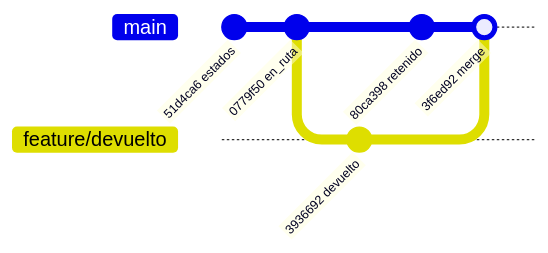
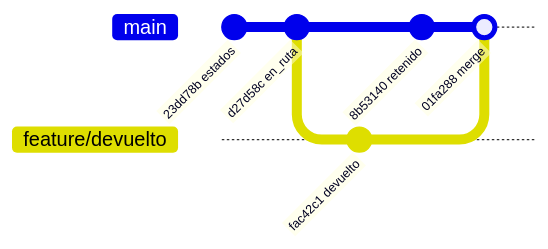
The third of 4 diagrams in web/public/content/foundations/modulo-4.md (NICORUIZ93/The_Imperial_Book), drawn with Mermaid before and after one commit. The commit also changed other lines of this file and 1 other file, not shown here.

````diff
--- a/web/public/content/foundations/modulo-4.md
+++ b/web/public/content/foundations/modulo-4.md
@@ -922,10 +1172,10 @@
 ```mermaid
 gitGraph
-    commit id: "51d4ca6 estados"
-    commit id: "0779f50 en_ruta"
+    commit id: "23dd78b estados"
+    commit id: "d27d58c en_ruta"
     branch feature/devuelto
-    commit id: "3936692 devuelto"
+    commit id: "fac42c1 devuelto"
     checkout main
-    commit id: "80ca398 retenido"
-    merge feature/devuelto id: "3f6ed92 merge"
+    commit id: "8b53140 retenido"
+    merge feature/devuelto id: "01fa288 merge"
 ```
````
